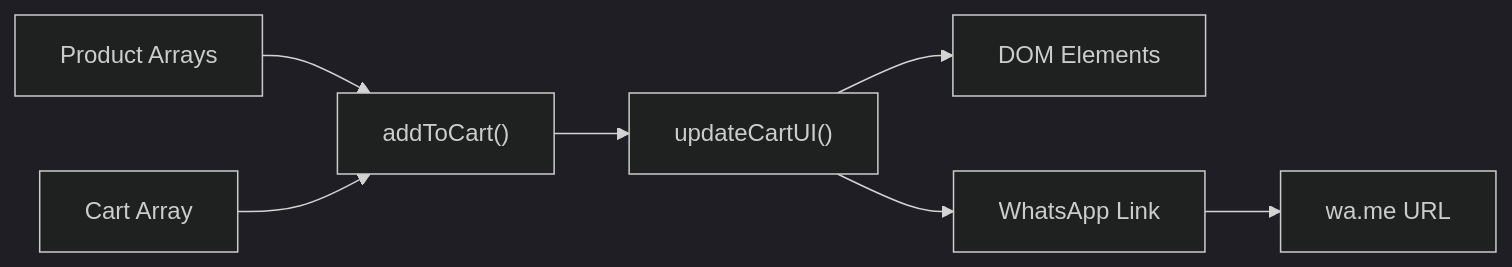
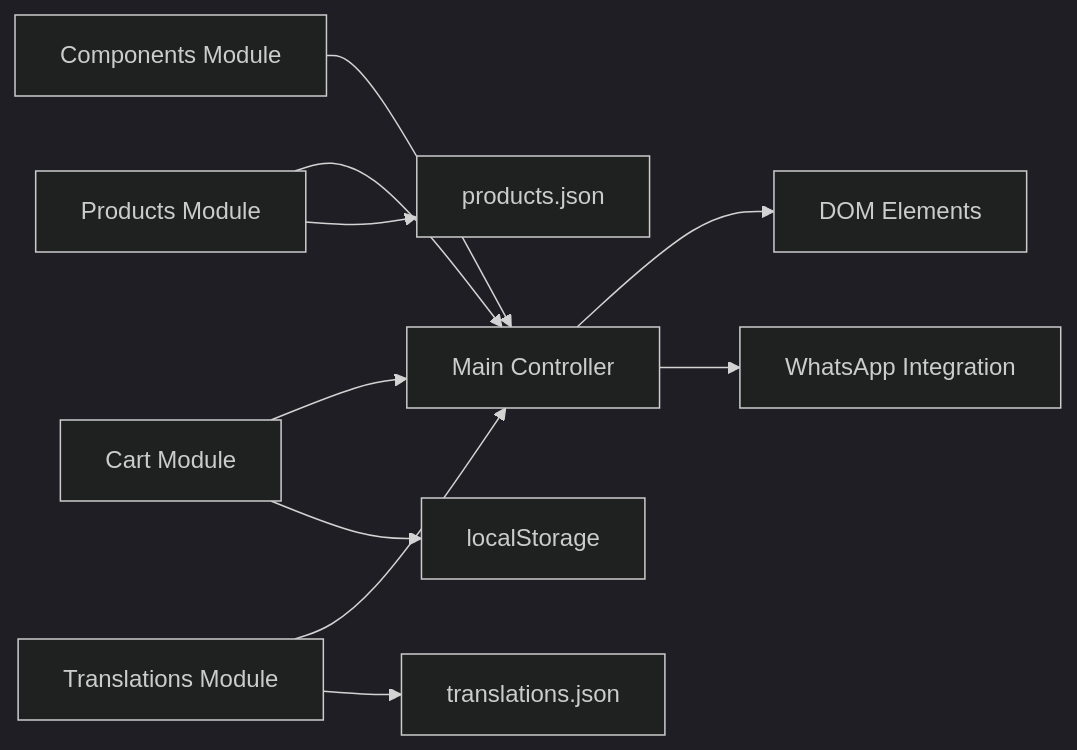
The third of 3 diagrams in .qoder/repowiki/en/content/Shopping Cart Implementation.md (queenflowerhk/queenflowerhk.github.io), drawn with Mermaid (dark theme) before and after one commit. The commit also changed other lines of this file and 36 other files, not shown here.

````diff
--- a/.qoder/repowiki/en/content/Shopping Cart Implementation.md
+++ b/.qoder/repowiki/en/content/Shopping Cart Implementation.md
@@ -234,9 +328,12 @@
 ```mermaid
 graph LR
-PA["Product Arrays"] --> AC["addToCart()"]
-CA["Cart Array"] --> AC
-AC --> CU["updateCartUI()"]
-CU --> UI["DOM Elements"]
-CU --> WL["WhatsApp Link"]
-WL --> WA["wa.me URL"]
+A["Products Module"] --> B["Main Controller"]
+C["Cart Module"] --> B
+D["Components Module"] --> B
+E["Translations Module"] --> B
+B --> F["DOM Elements"]
+B --> G["WhatsApp Integration"]
+C --> H["localStorage"]
+A --> I["products.json"]
+E --> J["translations.json"]
 ```
````
